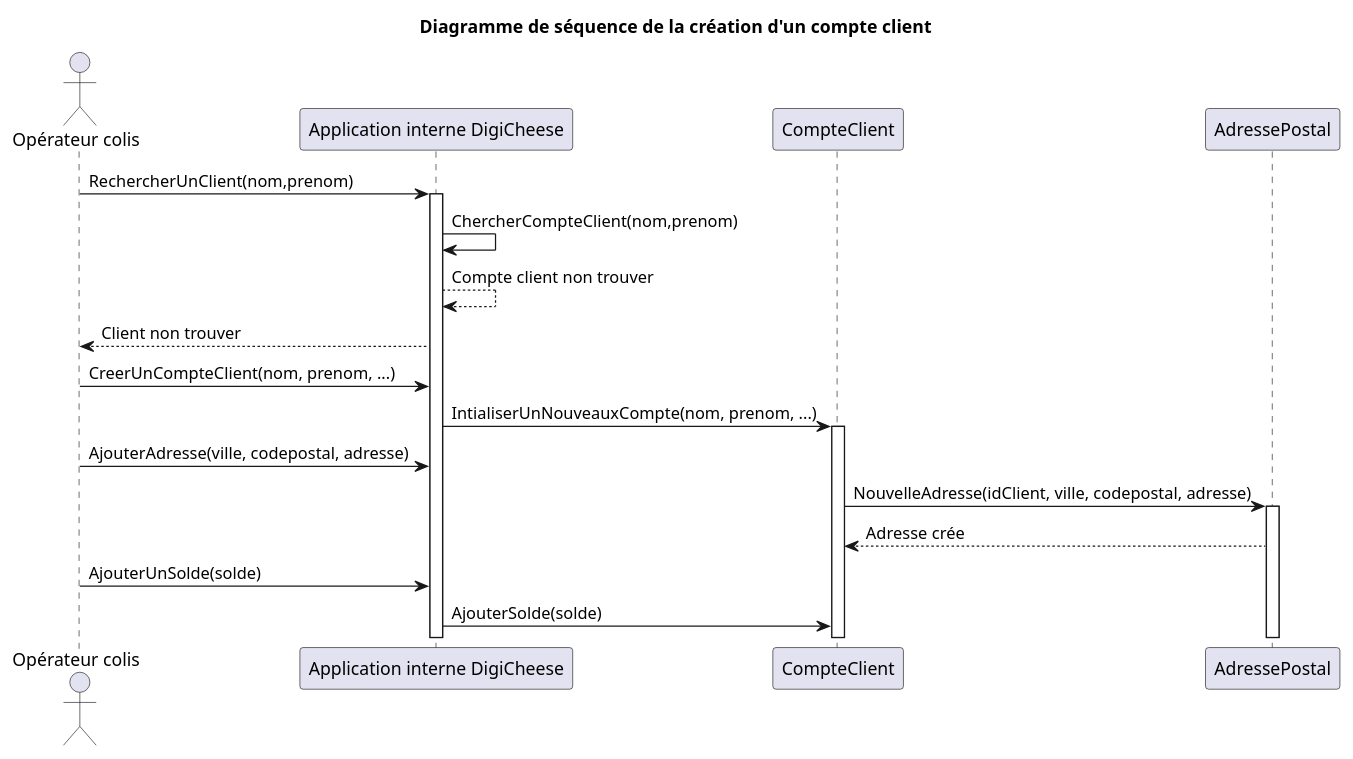
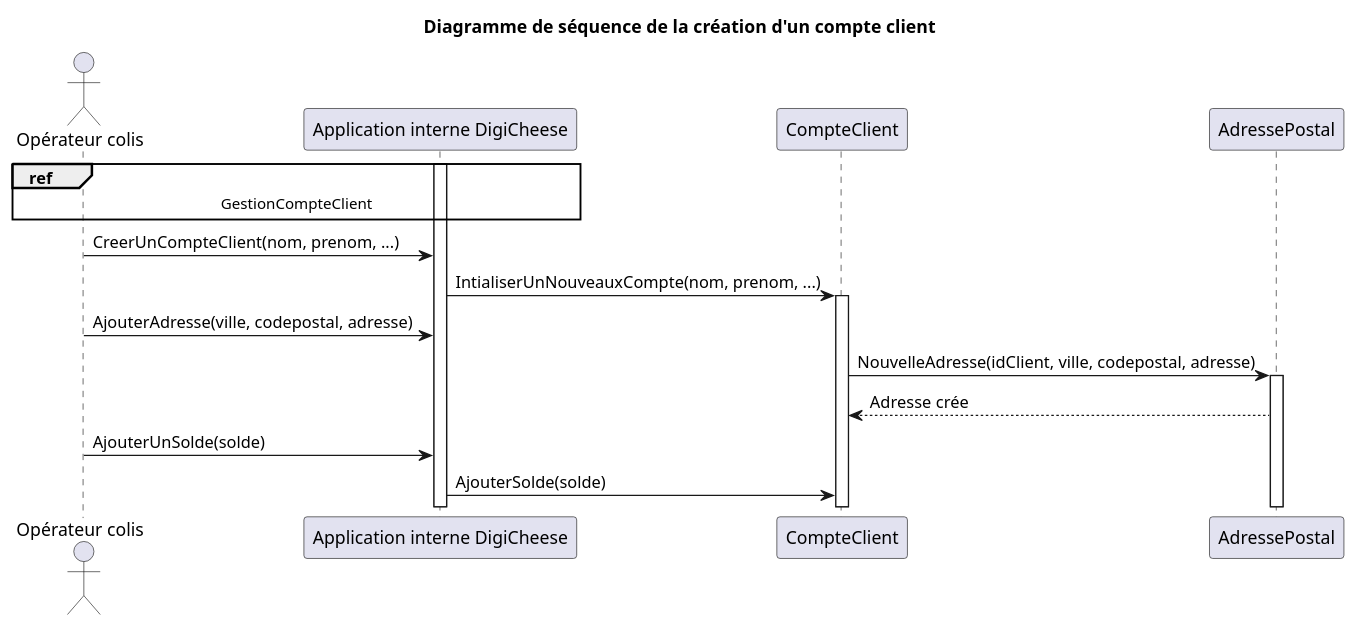
Before and after one commit to Bluwen/Conception_d_une_application_informatique: the diagram in Cas_séquence/DS_Creation_Compte_Client.puml, drawn with PlantUML. The commit also changed 7 other files, not shown here.

Commit message:
Ajout de diagramme et modification de certains

```diff
--- a/Cas_séquence/DS_Creation_Compte_Client.puml
+++ b/Cas_séquence/DS_Creation_Compte_Client.puml
@@ -1,24 +1,27 @@
 @startuml Diagramme de séquence de la création d'un compte client
 
 actor "Opérateur colis"
 
-"Opérateur colis" -> "Application interne DigiCheese" : RechercherUnClient(nom,prenom)
+'"Opérateur colis" -> "Application interne DigiCheese" : RechercherUnClient(nom,prenom)
+'activate "Application interne DigiCheese"
+'"Application interne DigiCheese" -> "Application interne DigiCheese" : ChercherCompteClient(nom,prenom)
+'"Application interne DigiCheese" --> "Application interne DigiCheese" : Compte client non trouver
+'"Application interne DigiCheese" --> "Opérateur colis" : Client non trouver
+
+ref over "Opérateur colis", "Application interne DigiCheese" : GestionCompteClient
 activate "Application interne DigiCheese"
-"Application interne DigiCheese" -> "Application interne DigiCheese" : ChercherCompteClient(nom,prenom)
-"Application interne DigiCheese" --> "Application interne DigiCheese" : Compte client non trouver
-"Application interne DigiCheese" --> "Opérateur colis" : Client non trouver
 
 "Opérateur colis" -> "Application interne DigiCheese" : CreerUnCompteClient(nom, prenom, ...)
 "Application interne DigiCheese" ->  CompteClient : IntialiserUnNouveauxCompte(nom, prenom, ...)
 activate CompteClient
 
 "Opérateur colis" -> "Application interne DigiCheese" : AjouterAdresse(ville, codepostal, adresse)
 CompteClient -> AdressePostal : NouvelleAdresse(idClient, ville, codepostal, adresse)
 activate AdressePostal
 AdressePostal --> CompteClient : Adresse crée
 
 "Opérateur colis" -> "Application interne DigiCheese" : AjouterUnSolde(solde)
 "Application interne DigiCheese" -> CompteClient : AjouterSolde(solde)
 
 title Diagramme de séquence de la création d'un compte client
 @enduml
```
